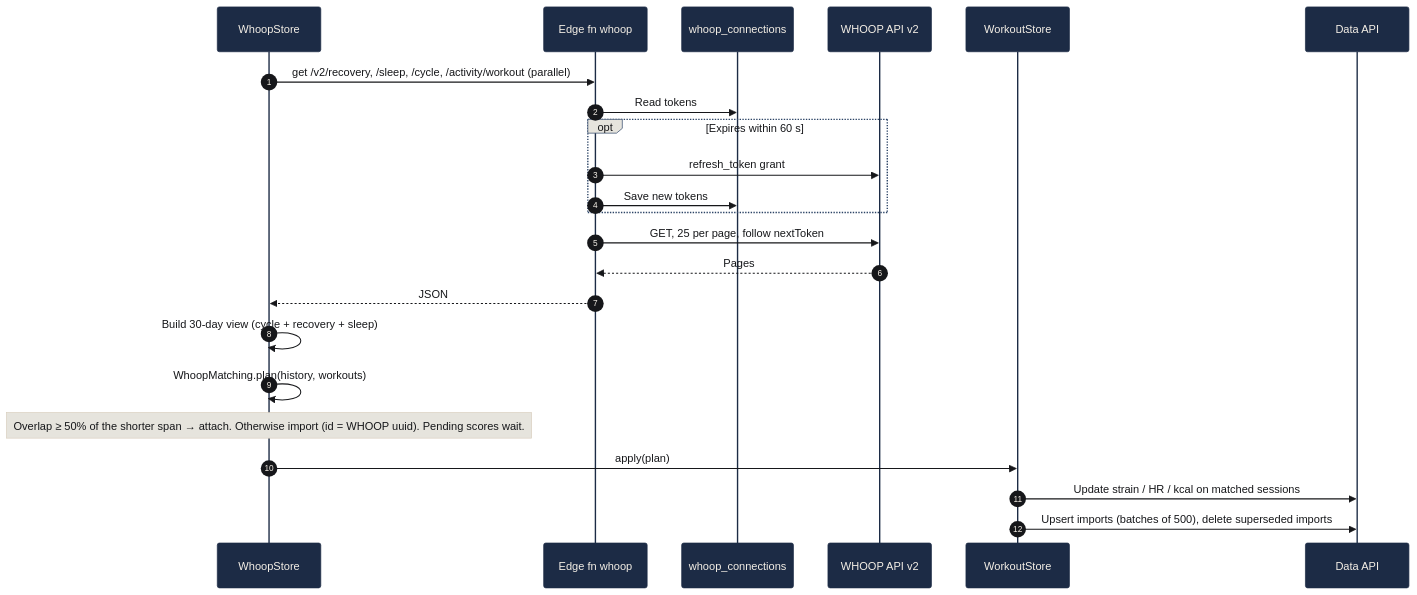
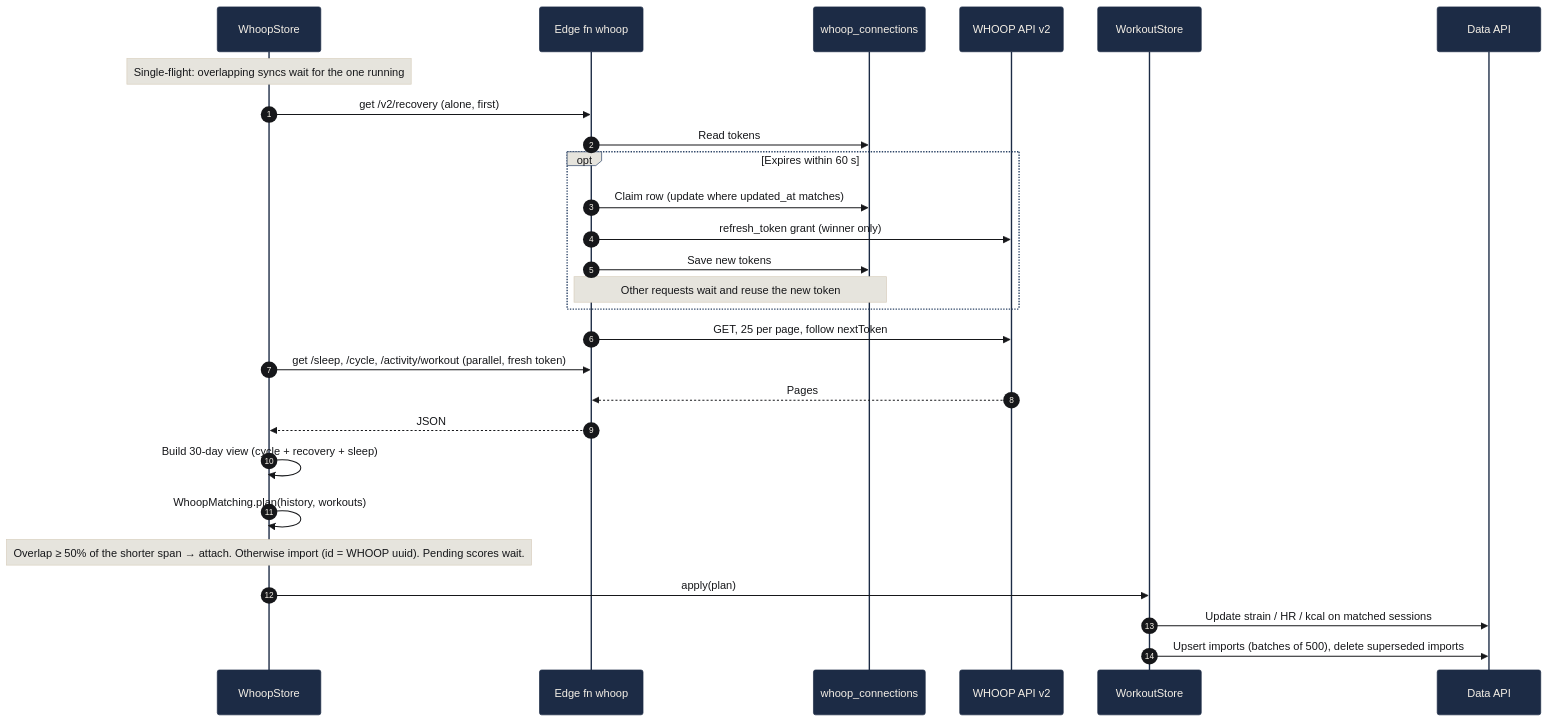
The diagram in docs/diagrams/seq-whoop-sync.mmd (divyanshugit/form), drawn with Mermaid before and after one commit. The commit also changed 5 other files, not shown here.

```diff
--- a/docs/diagrams/seq-whoop-sync.mmd
+++ b/docs/diagrams/seq-whoop-sync.mmd
@@ -1,24 +1,28 @@
 %%{init: {"theme":"base","themeVariables":{"fontFamily":"Helvetica Neue, Helvetica, Arial, sans-serif","fontSize":"15px","primaryColor":"#F6F2EA","primaryBorderColor":"#2C4466","primaryTextColor":"#16171A","lineColor":"#16171A","actorBkg":"#1C2B45","actorTextColor":"#F4EFE6","actorBorder":"#1C2B45","signalColor":"#16171A","signalTextColor":"#16171A","noteBkgColor":"#E6E4DD","noteBorderColor":"#D8CFBE","noteTextColor":"#16171A","sequenceNumberColor":"#F4EFE6","labelBoxBkgColor":"#E6E4DD","labelBoxBorderColor":"#2C4466","loopTextColor":"#16171A","labelTextColor":"#16171A"}}}%%
 sequenceDiagram
   autonumber
   participant App as WhoopStore
   participant F as Edge fn whoop
   participant T as whoop_connections
   participant API as WHOOP API v2
   participant S as WorkoutStore
   participant DB as Data API
-  App->>F: get /v2/recovery, /sleep, /cycle, /activity/workout (parallel)
+  Note over App: Single-flight: overlapping syncs wait for the one running
+  App->>F: get /v2/recovery (alone, first)
   F->>T: Read tokens
   opt Expires within 60 s
-    F->>API: refresh_token grant
+    F->>T: Claim row (update where updated_at matches)
+    F->>API: refresh_token grant (winner only)
     F->>T: Save new tokens
+    Note over F,T: Other requests wait and reuse the new token
   end
   F->>API: GET, 25 per page, follow nextToken
+  App->>F: get /sleep, /cycle, /activity/workout (parallel, fresh token)
   API-->>F: Pages
   F-->>App: JSON
   App->>App: Build 30-day view (cycle + recovery + sleep)
   App->>App: WhoopMatching.plan(history, workouts)
   Note over App: Overlap ≥ 50% of the shorter span → attach. Otherwise import (id = WHOOP uuid). Pending scores wait.
   App->>S: apply(plan)
   S->>DB: Update strain / HR / kcal on matched sessions
   S->>DB: Upsert imports (batches of 500), delete superseded imports
```
